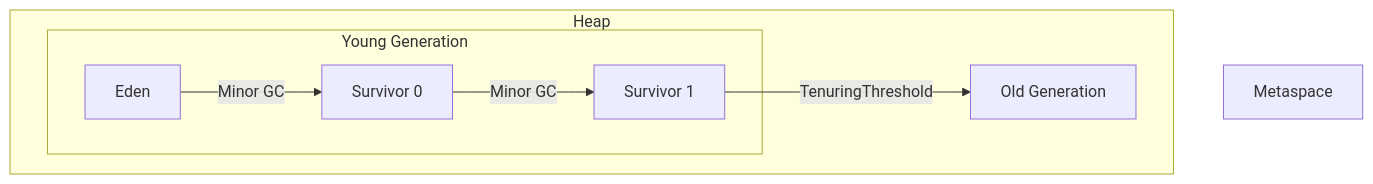
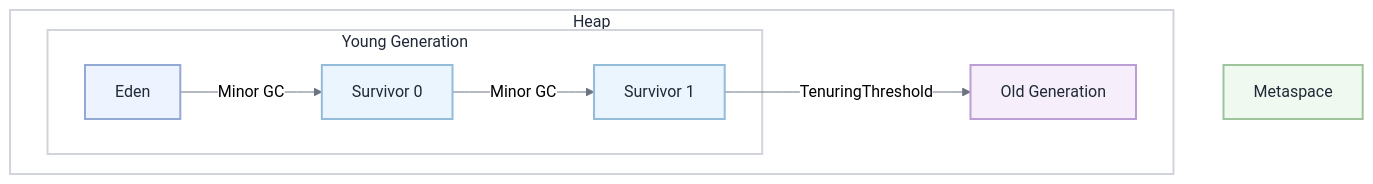
One commit to MishaSytch/middle_java_back changed the second of 3 diagrams in docs/interview/memory-gc.md. Above: the diagram before and after it, drawn with Mermaid. The commit also changed other lines of this file and 15 other files, not shown here.

````diff
--- a/docs/interview/memory-gc.md
+++ b/docs/interview/memory-gc.md
@@ -112,15 +125,29 @@
 ```mermaid
+%%{init: { 'theme': 'neutral', 'themeVariables': { 'primaryColor': '#ffffff', 'primaryTextColor': '#1f2937', 'lineColor': '#6b7280', 'primaryBorderColor': '#d1d5db', 'secondaryColor': '#f3f4f6', 'tertiaryColor': '#e5e7eb' } } }%%
 flowchart TB
     subgraph Heap[Heap]
         subgraph Young[Young Generation]
             Eden[Eden]
             S0[Survivor 0]
             S1[Survivor 1]
         end
         Old[Old Generation]
     end
     Meta[Metaspace]
     Eden -->|Minor GC| S0
     S0 -->|Minor GC| S1
     S1 -->|TenuringThreshold| Old
+    classDef n0 fill:#eef4ff,stroke:#93a8d4,stroke-width:2px,color:#1f2937
+    classDef n1 fill:#eaf5fd,stroke:#94bcd8,stroke-width:2px,color:#1f2937
+    classDef n2 fill:#fdf9e8,stroke:#d4c38a,stroke-width:2px,color:#1f2937
+    classDef n3 fill:#f6eefa,stroke:#bb9ed4,stroke-width:2px,color:#1f2937
+    classDef n4 fill:#ffffff,stroke:#d1d5db,stroke-width:2px,color:#1f2937
+    classDef n5 fill:#f0f9ef,stroke:#9dc49a,stroke-width:2px,color:#1f2937
+    class Eden n0
+    class S0 n1
+    class S1 n1
+    class Young n4
+    class Old n3
+    class Heap n4
+    class Meta n5
 ```
````
